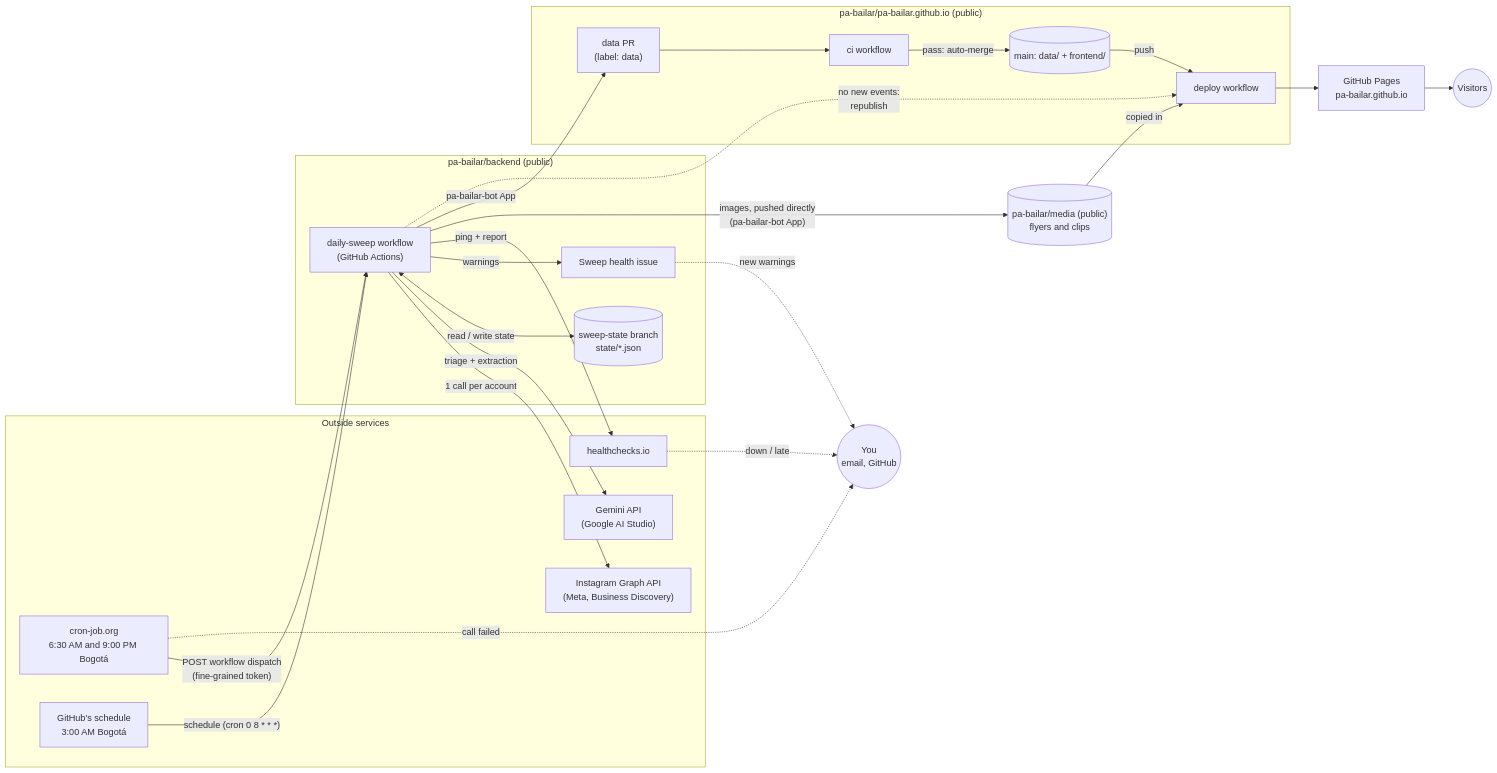
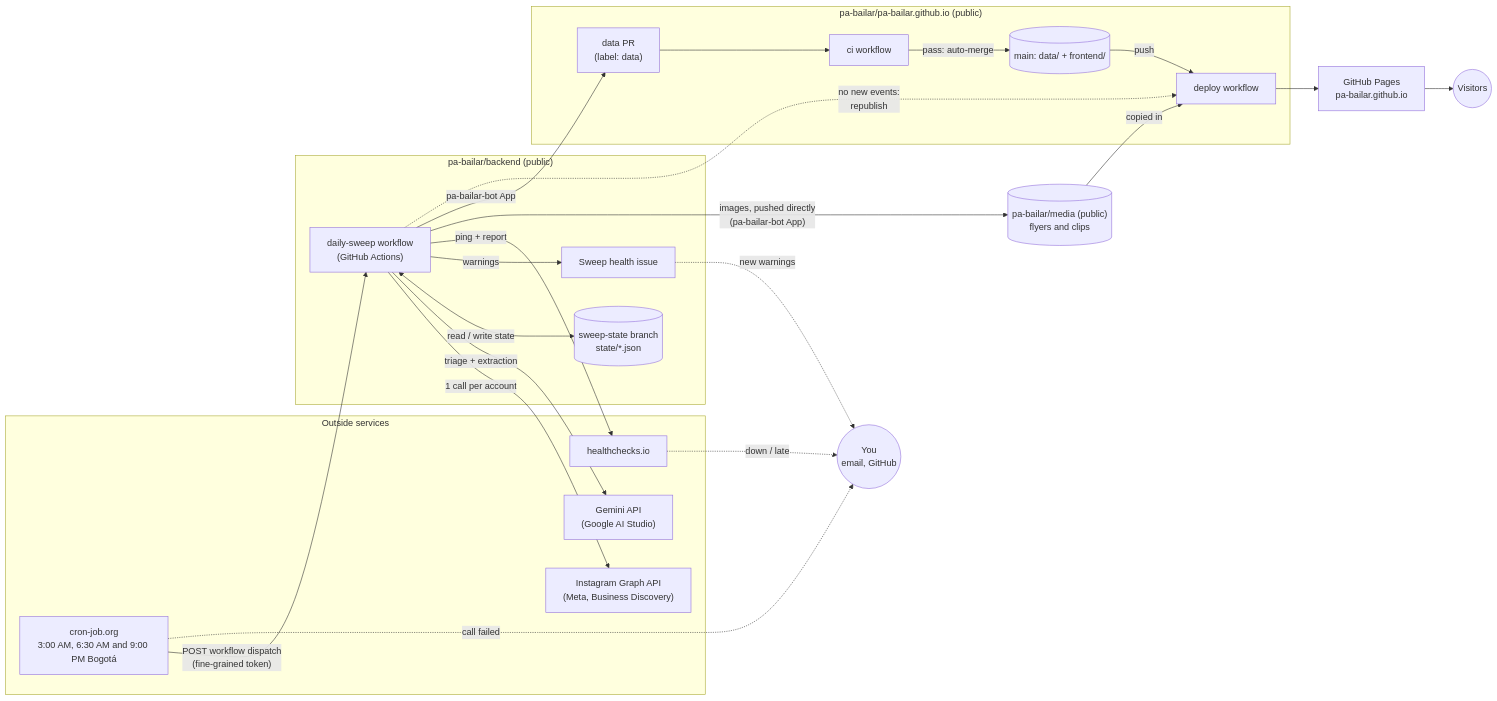
Before and after one commit to pa-bailar/backend: the first of 12 diagrams in docs/ARCHITECTURE.md, drawn with Mermaid. The commit also changed other lines of this file and 7 other files, not shown here.

First line of the commit message:
fix(sweep): the 3:00 sweep on cron-job.org, not GitHub's schedule

````diff
--- a/docs/ARCHITECTURE.md
+++ b/docs/ARCHITECTURE.md
@@ -40,45 +40,43 @@
 ```mermaid
 flowchart LR
     subgraph Outside["Outside services"]
-        CJ["cron-job.org<br/>6:30 AM and 9:00 PM Bogotá"]
-        GS["GitHub's schedule<br/>3:00 AM Bogotá"]
+        CJ["cron-job.org<br/>3:00 AM, 6:30 AM and 9:00 PM Bogotá"]
         IG["Instagram Graph API<br/>(Meta, Business Discovery)"]
         GM["Gemini API<br/>(Google AI Studio)"]
         HC["healthchecks.io"]
     end
 
     subgraph Backend["pa-bailar/backend (public)"]
         WF["daily-sweep workflow<br/>(GitHub Actions)"]
         SS[("sweep-state branch<br/>state/*.json")]
         ISS["Sweep health issue"]
     end
 
     subgraph Site["pa-bailar/pa-bailar.github.io (public)"]
         PR["data PR<br/>(label: data)"]
         CI["ci workflow"]
         MAIN[("main: data/ + frontend/")]
         DEP["deploy workflow"]
     end
 
     MED[("pa-bailar/media (public)<br/>flyers and clips")]
     PAGES["GitHub Pages<br/>pa-bailar.github.io"]
     YOU(("You<br/>email, GitHub"))
     VIS(("Visitors"))
 
     CJ -- "POST workflow dispatch<br/>(fine-grained token)" --> WF
-    GS -- "schedule (cron 0 8 * * *)" --> WF
     WF -- "1 call per account" --> IG
     WF -- "triage + extraction" --> GM
     WF <-- "read / write state" --> SS
     WF -- "warnings" --> ISS
     WF -- "ping + report" --> HC
     WF -- "images, pushed directly<br/>(pa-bailar-bot App)" --> MED
     WF -- "pa-bailar-bot App" --> PR
     PR --> CI -- "pass: auto-merge" --> MAIN
     MAIN -- "push" --> DEP --> PAGES --> VIS
     MED -- "copied in" --> DEP
     WF -. "no new events:<br/>republish" .-> DEP
     HC -. "down / late" .-> YOU
     CJ -. "call failed" .-> YOU
     ISS -. "new warnings" .-> YOU
 ```
````
